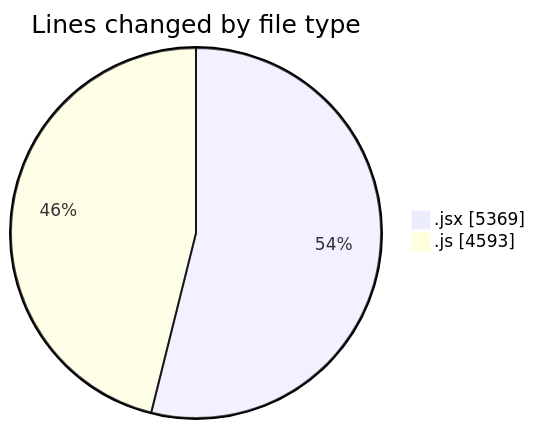
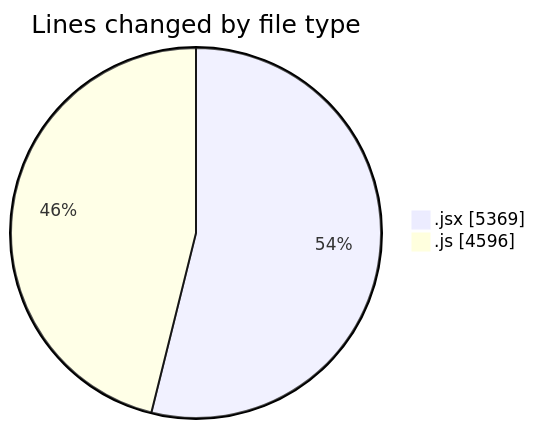
One commit to nxtqubesakshisongat/code-tracking changed the first of 2 diagrams in 2025-07-19/nxtqube_webapp/README.md. Above: the diagram before and after it, drawn with Mermaid. The commit also changed other lines of this file and 1 other file, not shown here.

````diff
--- a/2025-07-19/nxtqube_webapp/README.md
+++ b/2025-07-19/nxtqube_webapp/README.md
@@ -34,6 +34,6 @@
 ```mermaid
 pie showData
 title Lines changed by file type
 ".jsx" : 5369
-".js" : 4593
+".js" : 4596
 ```
````
